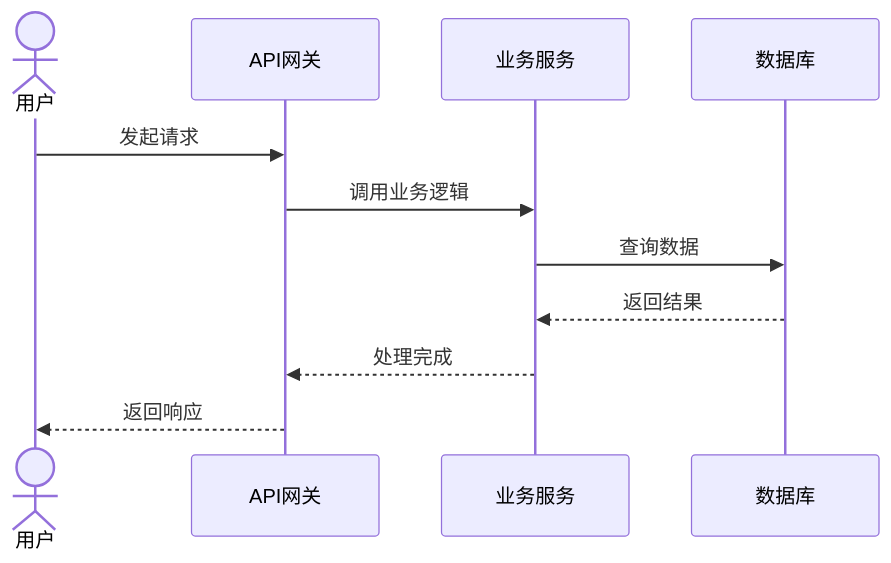
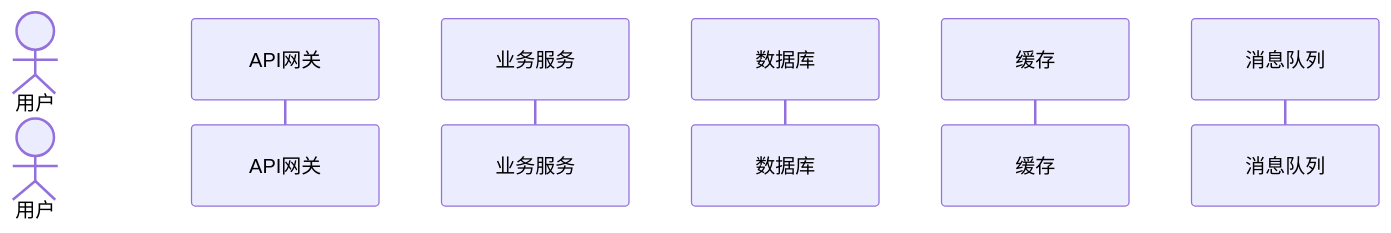
The first of 5 diagrams in skills/programming-architect/references/sequence_diagram.md (zhangxiaojian19926/ai_prompt_for_people), drawn with Mermaid before and after one commit. The commit also changed other lines of this file and 28 other files, not shown here.

````diff
--- a/skills/programming-architect/references/sequence_diagram.md
+++ b/skills/programming-architect/references/sequence_diagram.md
@@ -26,14 +21,9 @@
 ```mermaid
 sequenceDiagram
     actor User as 用户
     participant API as API网关
     participant Service as 业务服务
     participant DB as 数据库
-
-    User->>API: 发起请求
-    API->>Service: 调用业务逻辑
-    Service->>DB: 查询数据
-    DB-->>Service: 返回结果
-    Service-->>API: 处理完成
-    API-->>User: 返回响应
+    participant Cache as 缓存
+    participant MQ as 消息队列
 ```
````
